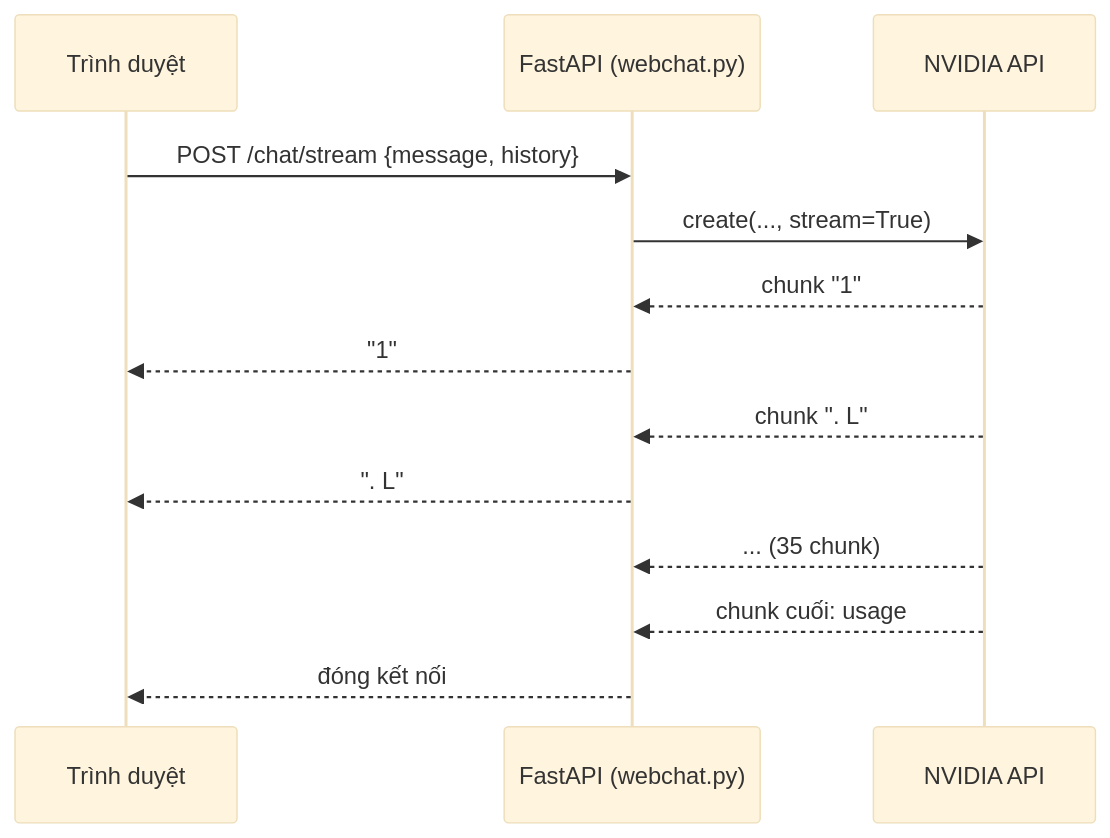
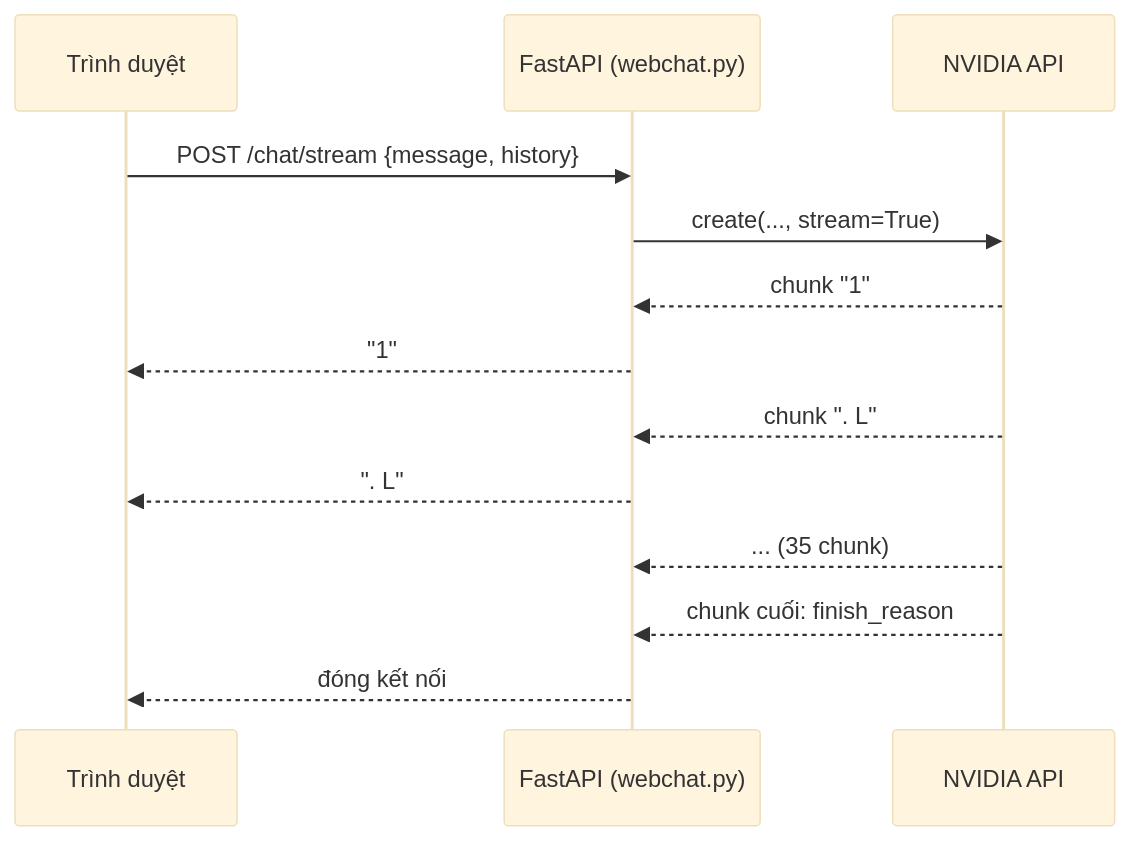
One commit to ht-nah98/ai-academy changed the first of 3 diagrams in academy/curriculum/L06-web-chat-streaming-rate-limit/lesson.md. Above: the diagram before and after it, drawn with Mermaid (base theme). The commit also changed other lines of this file and 54 other files, not shown here.

````diff
--- a/academy/curriculum/L06-web-chat-streaming-rate-limit/lesson.md
+++ b/academy/curriculum/L06-web-chat-streaming-rate-limit/lesson.md
@@ -35,15 +35,15 @@
 ```mermaid
 sequenceDiagram
     participant B as Trình duyệt
     participant S as FastAPI (webchat.py)
     participant N as NVIDIA API
     B->>S: POST /chat/stream {message, history}
     S->>N: create(..., stream=True)
     N-->>S: chunk "1"
     S-->>B: "1"
     N-->>S: chunk ". L"
     S-->>B: ". L"
     N-->>S: ... (35 chunk)
-    N-->>S: chunk cuối: usage
+    N-->>S: chunk cuối: finish_reason
     S-->>B: đóng kết nối
 ```
````
